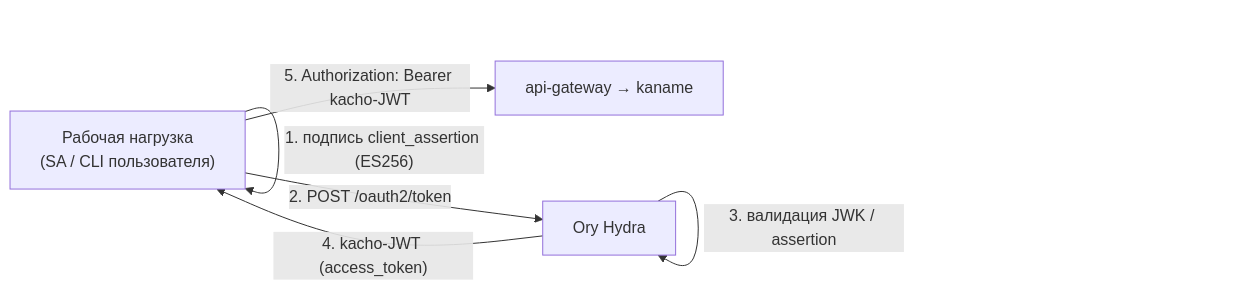
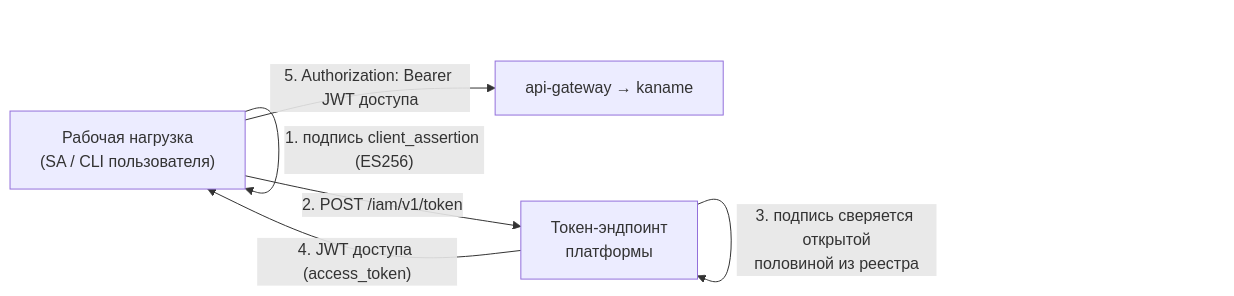
The diagram in docs/content/api/tokens.mdx (PRO-Robotech/kaname), drawn with Mermaid before and after one commit. The commit also changed other lines of this file and 287 other files, not shown here.

````diff
--- a/docs/content/api/tokens.mdx
+++ b/docs/content/api/tokens.mdx
@@ -461,8 +468,8 @@
 ```mermaid
 flowchart LR
   wl["Рабочая нагрузка<br/>(SA / CLI пользователя)"] -->|"1. подпись client_assertion (ES256)"| wl
-  wl -->|"2. POST /oauth2/token"| hydra["Ory Hydra"]
-  hydra -->|"3. валидация JWK / assertion"| hydra
-  hydra -->|"4. kacho-JWT (access_token)"| wl
-  wl -->|"5. Authorization: Bearer kacho-JWT"| agw["api-gateway → kaname"]
+  wl -->|"2. POST /iam/v1/token"| iam["Токен-эндпоинт<br/>платформы"]
+  iam -->|"3. подпись сверяется открытой<br/>половиной из реестра"| iam
+  iam -->|"4. JWT доступа (access_token)"| wl
+  wl -->|"5. Authorization: Bearer JWT доступа"| agw["api-gateway → kaname"]
 ```
````
